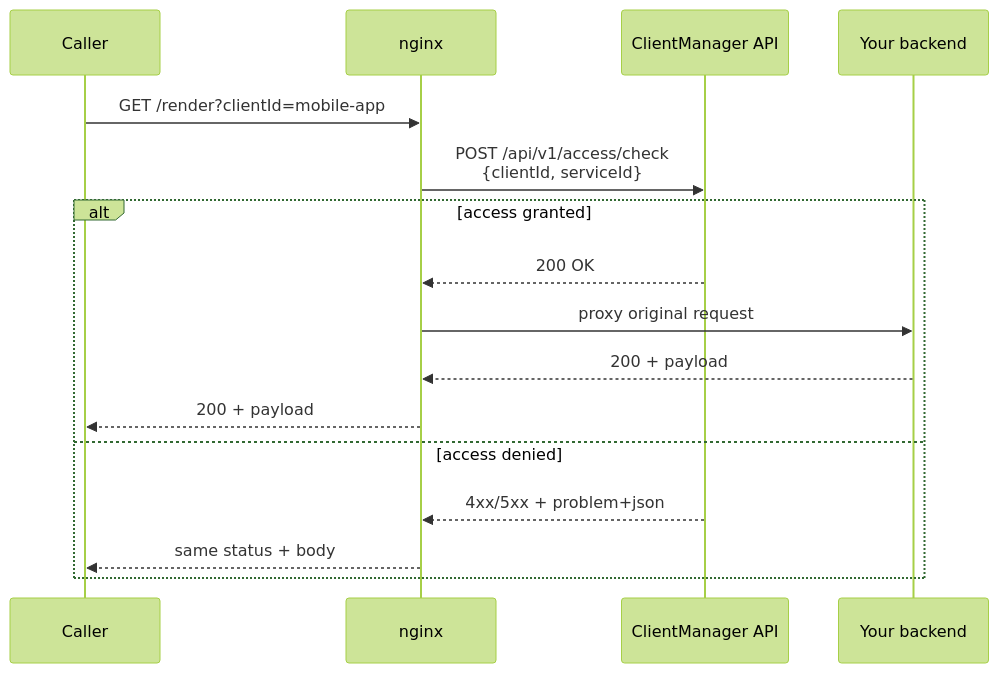
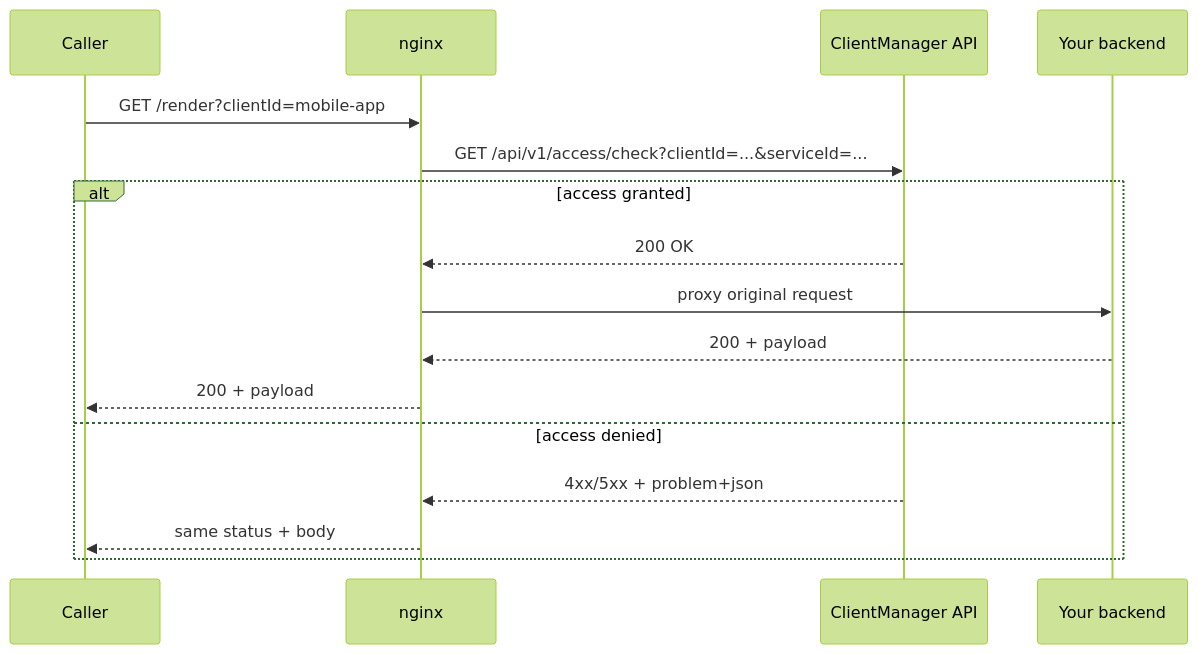
Before and after one commit to ShaharMS/ClientManager: the first of 2 diagrams in docs/integration-guide.md, drawn with Mermaid (forest theme). The commit also changed other lines of this file and 12 other files, not shown here.

First line of the commit message:
Change runtime gatekeeping endpoints to GET for nginx auth_request.

````diff
--- a/docs/integration-guide.md
+++ b/docs/integration-guide.md
@@ -43,19 +62,19 @@
 ```mermaid
 sequenceDiagram
     participant User as Caller
     participant Nginx as nginx
     participant CM as ClientManager API
     participant App as Your backend
 
     User->>Nginx: GET /render?clientId=mobile-app
-    Nginx->>CM: POST /api/v1/access/check<br/>{clientId, serviceId}
+    Nginx->>CM: GET /api/v1/access/check?clientId=...&serviceId=...
     alt access granted
         CM-->>Nginx: 200 OK
         Nginx->>App: proxy original request
         App-->>Nginx: 200 + payload
         Nginx-->>User: 200 + payload
     else access denied
         CM-->>Nginx: 4xx/5xx + problem+json
         Nginx-->>User: same status + body
     end
 ```
````
